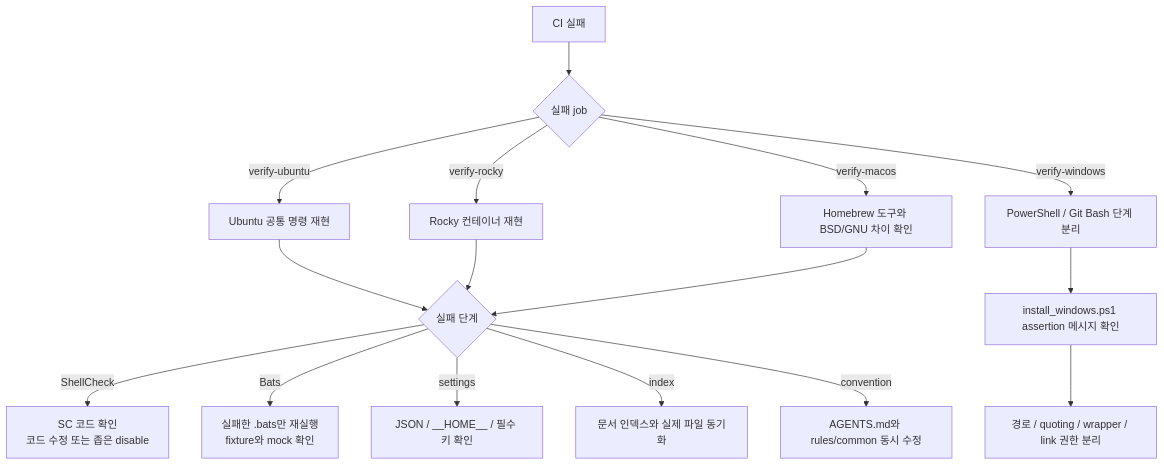
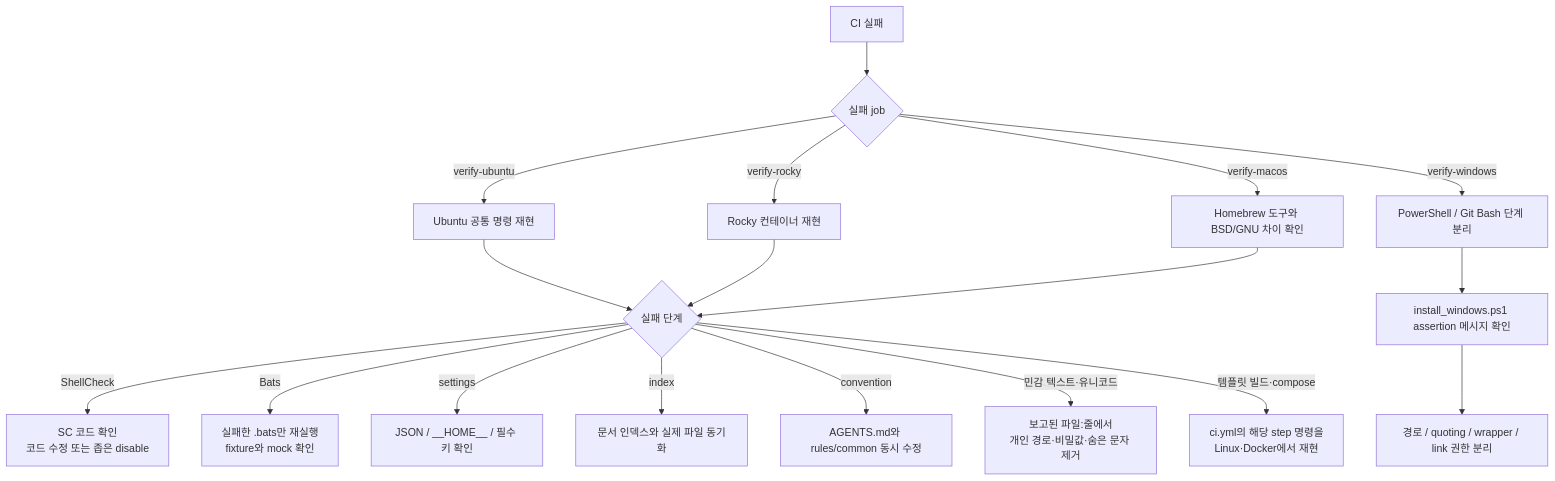
One commit to jomarusoup/Arachne changed the ninth of 10 diagrams in docs/CI.md. Above: the diagram before and after it, drawn with Mermaid. The commit also changed other lines of this file and 69 other files, not shown here.

First line of the commit message:
docs: W6 문서·지시 파일 최신화와 구조 다이어그램 보강

````diff
--- a/docs/CI.md
+++ b/docs/CI.md
@@ -297,20 +376,22 @@
 ```mermaid
 flowchart TB
     F["CI 실패"] --> J{"실패 job"}
     J -->|verify-ubuntu| U["Ubuntu 공통 명령 재현"]
     J -->|verify-rocky| R["Rocky 컨테이너 재현"]
     J -->|verify-windows| W["PowerShell / Git Bash 단계 분리"]
     J -->|verify-macos| M["Homebrew 도구와 BSD/GNU 차이 확인"]
 
     U --> S1{"실패 단계"}
     R --> S1
     M --> S1
     S1 -->|ShellCheck| A["SC 코드 확인<br/>코드 수정 또는 좁은 disable"]
     S1 -->|Bats| B["실패한 .bats만 재실행<br/>fixture와 mock 확인"]
     S1 -->|settings| C["JSON / __HOME__ / 필수 키 확인"]
     S1 -->|index| D["문서 인덱스와 실제 파일 동기화"]
     S1 -->|convention| E["AGENTS.md와 rules/common 동시 수정"]
+    S1 -->|민감 텍스트·유니코드| X["보고된 파일:줄에서<br/>개인 경로·비밀값·숨은 문자 제거"]
+    S1 -->|템플릿 빌드·compose| Y["ci.yml의 해당 step 명령을<br/>Linux·Docker에서 재현"]
 
     W --> W1["install_windows.ps1 assertion 메시지 확인"]
     W1 --> W2["경로 / quoting / wrapper / link 권한 분리"]
 ```
````
